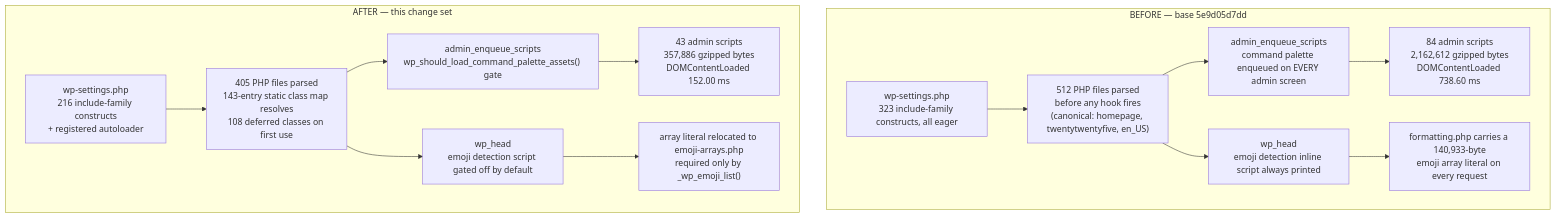
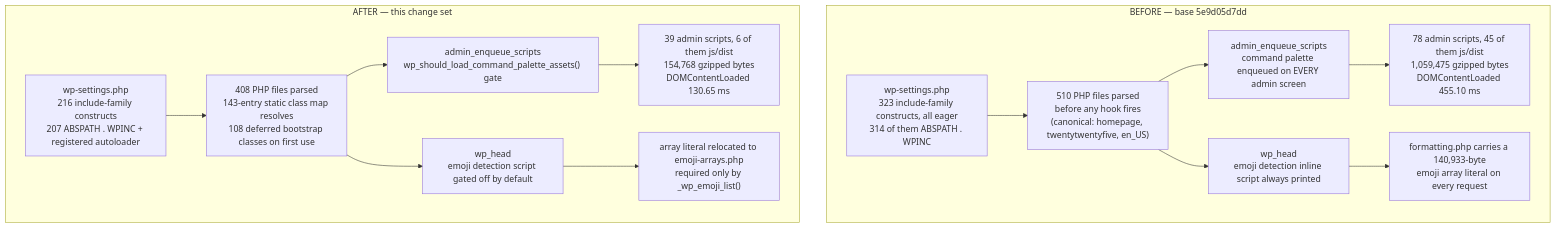
Before and after one commit to blitzy-research/wordpress-develop: the diagram in docs/performance-optimization-report.md, drawn with Mermaid. The commit also changed other lines of this file and 4 other files, not shown here.

````diff
--- a/docs/performance-optimization-report.md
+++ b/docs/performance-optimization-report.md
@@ -650,20 +816,20 @@
 ```mermaid
 graph TD
     subgraph BEFORE["BEFORE — base 5e9d05d7dd"]
-        B1["wp-settings.php<br/>323 include-family constructs, all eager"] --> B2["512 PHP files parsed<br/>before any hook fires<br/>(canonical: homepage, twentytwentyfive, en_US)"]
+        B1["wp-settings.php<br/>323 include-family constructs, all eager<br/>314 of them ABSPATH . WPINC"] --> B2["510 PHP files parsed<br/>before any hook fires<br/>(canonical: homepage, twentytwentyfive, en_US)"]
         B2 --> B3["admin_enqueue_scripts<br/>command palette enqueued on EVERY admin screen"]
-        B3 --> B4["84 admin scripts<br/>2,162,612 gzipped bytes<br/>DOMContentLoaded 738.60 ms"]
+        B3 --> B4["78 admin scripts, 45 of them js/dist<br/>1,059,475 gzipped bytes<br/>DOMContentLoaded 455.10 ms"]
         B2 --> B5["wp_head<br/>emoji detection inline script always printed"]
         B5 --> B6["formatting.php carries a 140,933-byte<br/>emoji array literal on every request"]
     end
     subgraph AFTER["AFTER — this change set"]
-        A1["wp-settings.php<br/>216 include-family constructs<br/>+ registered autoloader"] --> A2["405 PHP files parsed<br/>143-entry static class map resolves<br/>108 deferred classes on first use"]
+        A1["wp-settings.php<br/>216 include-family constructs<br/>207 ABSPATH . WPINC + registered autoloader"] --> A2["408 PHP files parsed<br/>143-entry static class map resolves<br/>108 deferred bootstrap classes on first use"]
         A2 --> A3["admin_enqueue_scripts<br/>wp_should_load_command_palette_assets() gate"]
-        A3 --> A4["43 admin scripts<br/>357,886 gzipped bytes<br/>DOMContentLoaded 152.00 ms"]
+        A3 --> A4["39 admin scripts, 6 of them js/dist<br/>154,768 gzipped bytes<br/>DOMContentLoaded 130.65 ms"]
         A2 --> A5["wp_head<br/>emoji detection script gated off by default"]
         A5 --> A6["array literal relocated to emoji-arrays.php<br/>required only by _wp_emoji_list()"]
     end
 %% Legend: each AFTER node is the measured counterpart of the BEFORE node in the same row.
-%% PHP file counts and DOMContentLoaded are medians over 40 samples from tests/performance/.
-%% Admin script counts and gzipped bytes come from the isolated script-loader.php A/B.
+%% PHP file counts, DOMContentLoaded and gzipped bytes are medians over 40 samples from tests/performance/.
+%% Admin script counts come from the isolated script-loader.php A/B (A17).
 ```
````
